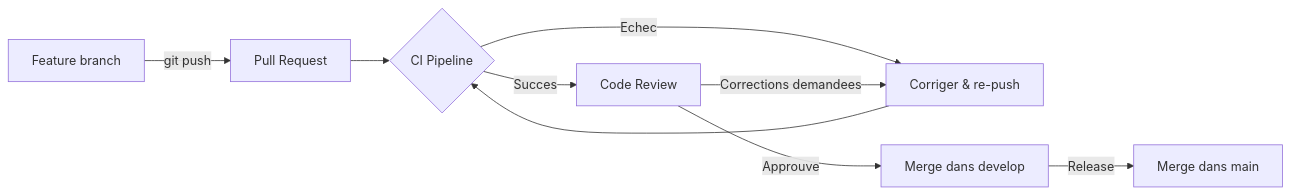
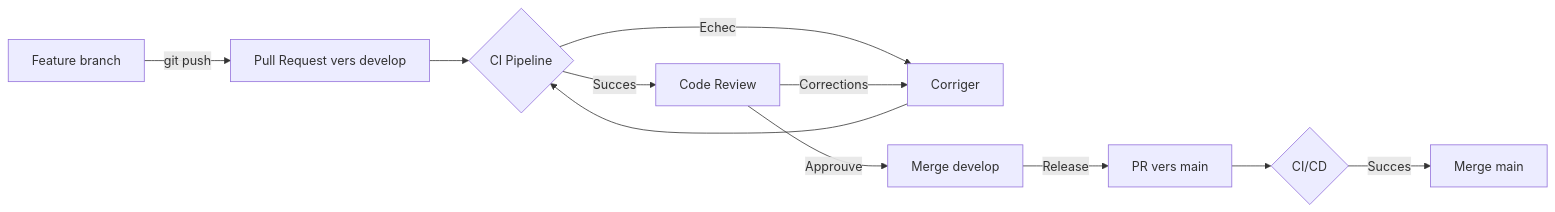
One commit to CitizenAlert/CitizenAlert changed the third of 8 diagrams in docs/METHODOLOGIE.md. Above: the diagram before and after it, drawn with Mermaid. The commit also changed other lines of this file and 13 other files, not shown here.

````diff
--- a/docs/METHODOLOGIE.md
+++ b/docs/METHODOLOGIE.md
@@ -322,11 +313,13 @@
 ```mermaid
 graph LR
-    A[Feature branch] -->|git push| B[Pull Request]
+    A[Feature branch] -->|git push| B[Pull Request vers develop]
     B --> C{CI Pipeline}
-    C -->|Echec| D[Corriger & re-push]
+    C -->|Echec| D[Corriger]
     D --> C
     C -->|Succes| E[Code Review]
-    E -->|Corrections demandees| D
-    E -->|Approuve| F[Merge dans develop]
-    F -->|Release| G[Merge dans main]
+    E -->|Corrections| D
+    E -->|Approuve| F[Merge develop]
+    F -->|Release| G[PR vers main]
+    G --> H{CI/CD}
+    H -->|Succes| I[Merge main]
 ```
````
